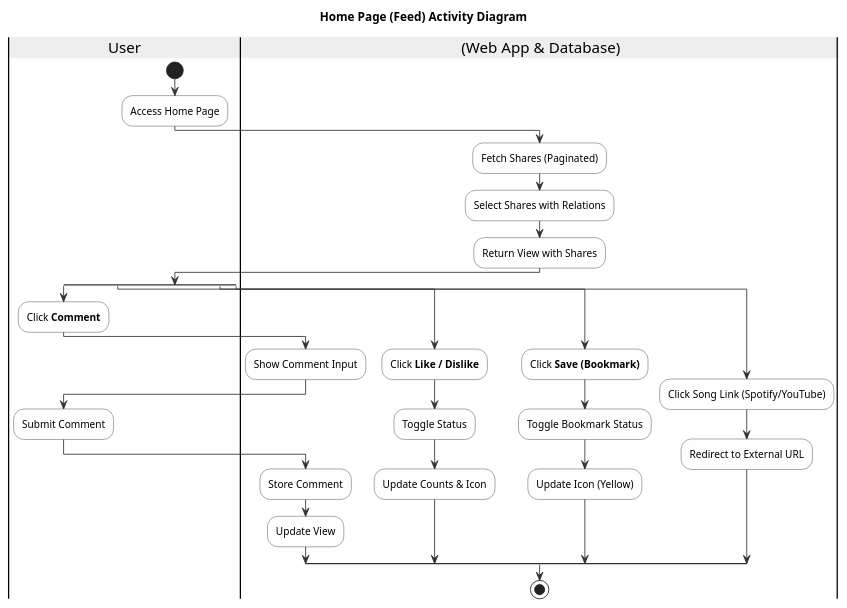
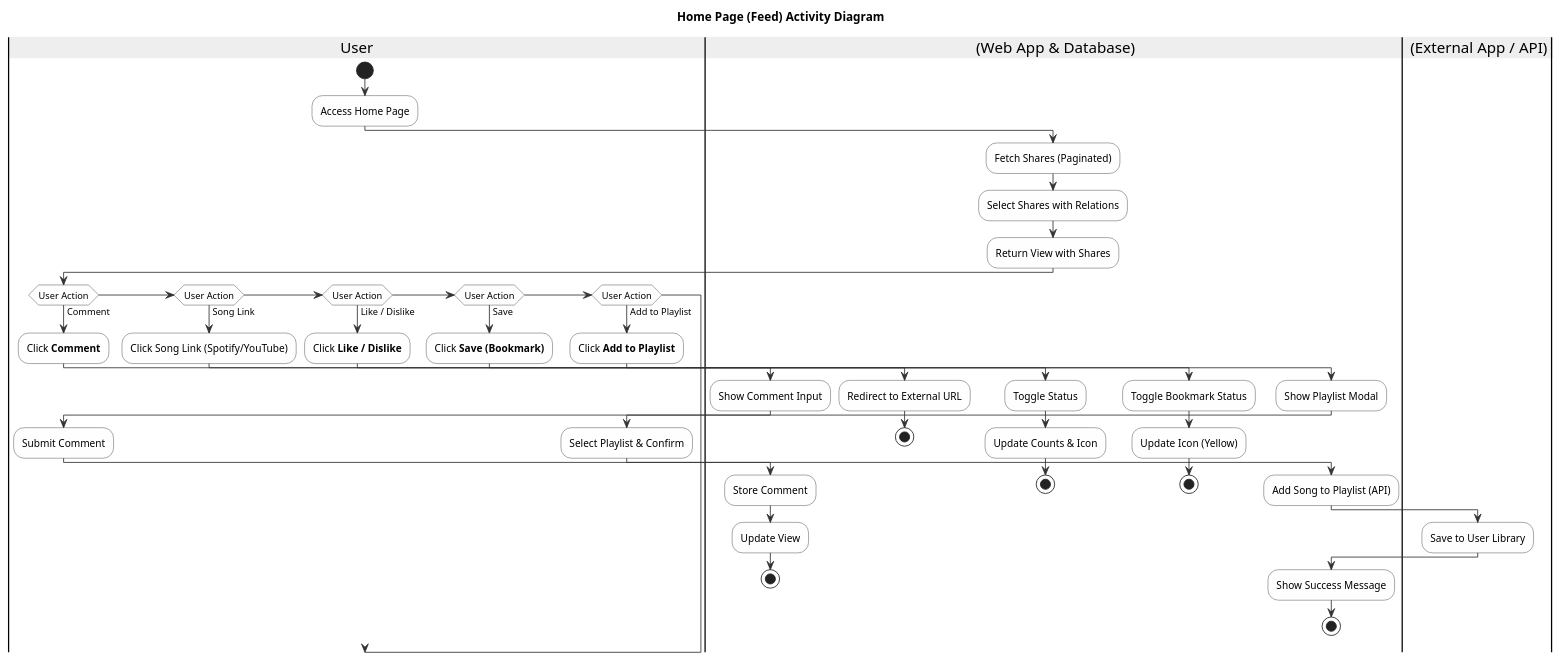
Before and after one commit to HeinreichMorphine/musicsocial: the diagram in activity_diagram_home.plantuml, drawn with PlantUML. The commit also changed 123 other files, not shown here.

```diff
--- a/activity_diagram_home.plantuml
+++ b/activity_diagram_home.plantuml
@@ -1,49 +1,70 @@
 @startuml
 title Home Page (Feed) Activity Diagram
 skinparam swimlaneBorderColor black
 skinparam swimlaneTitleBackgroundColor #EEE
 skinparam activityBackgroundColor #FEFEFE
 skinparam activityArrowColor #333
 skinparam activityBorderColor #333
 skinparam nodesep 50
 skinparam ranksep 50
 
 |User|
 |System| (Web App & Database)
+|Spotify| (External App / API)
 
 |User|
 start
 :Access Home Page;
 |System|
 :Fetch Shares (Paginated);
 :Select Shares with Relations;
 :Return View with Shares;
 
 |User|
-split
+if (User Action) is (Comment) then
+    |User|
     :Click **Comment**;
     |System|
     :Show Comment Input;
     |User|
     :Submit Comment;
     |System|
     :Store Comment;
     :Update View;
-split again
+    stop
+elseif (User Action) is (Song Link) then
+    |User|
+    :Click Song Link (Spotify/YouTube);
+    |System|
+    :Redirect to External URL;
+    stop
+elseif (User Action) is (Like / Dislike) then
+    |User|
     :Click **Like / Dislike**;
     |System|
     :Toggle Status;
     :Update Counts & Icon;
-split again
+    stop
+elseif (User Action) is (Save) then
+    |User|
     :Click **Save (Bookmark)**;
     |System|
     :Toggle Bookmark Status;
     :Update Icon (Yellow);
-split again
-    :Click Song Link (Spotify/YouTube);
+    stop
+elseif (User Action) is (Add to Playlist) then
+    |User|
+    :Click **Add to Playlist**;
     |System|
-    :Redirect to External URL;
-end split
-
-stop
+    :Show Playlist Modal;
+    |User|
+    :Select Playlist & Confirm;
+    |System|
+    :Add Song to Playlist (API);
+    |Spotify|
+    :Save to User Library;
+    |System|
+    :Show Success Message;
+    stop
+endif
 @enduml
```
